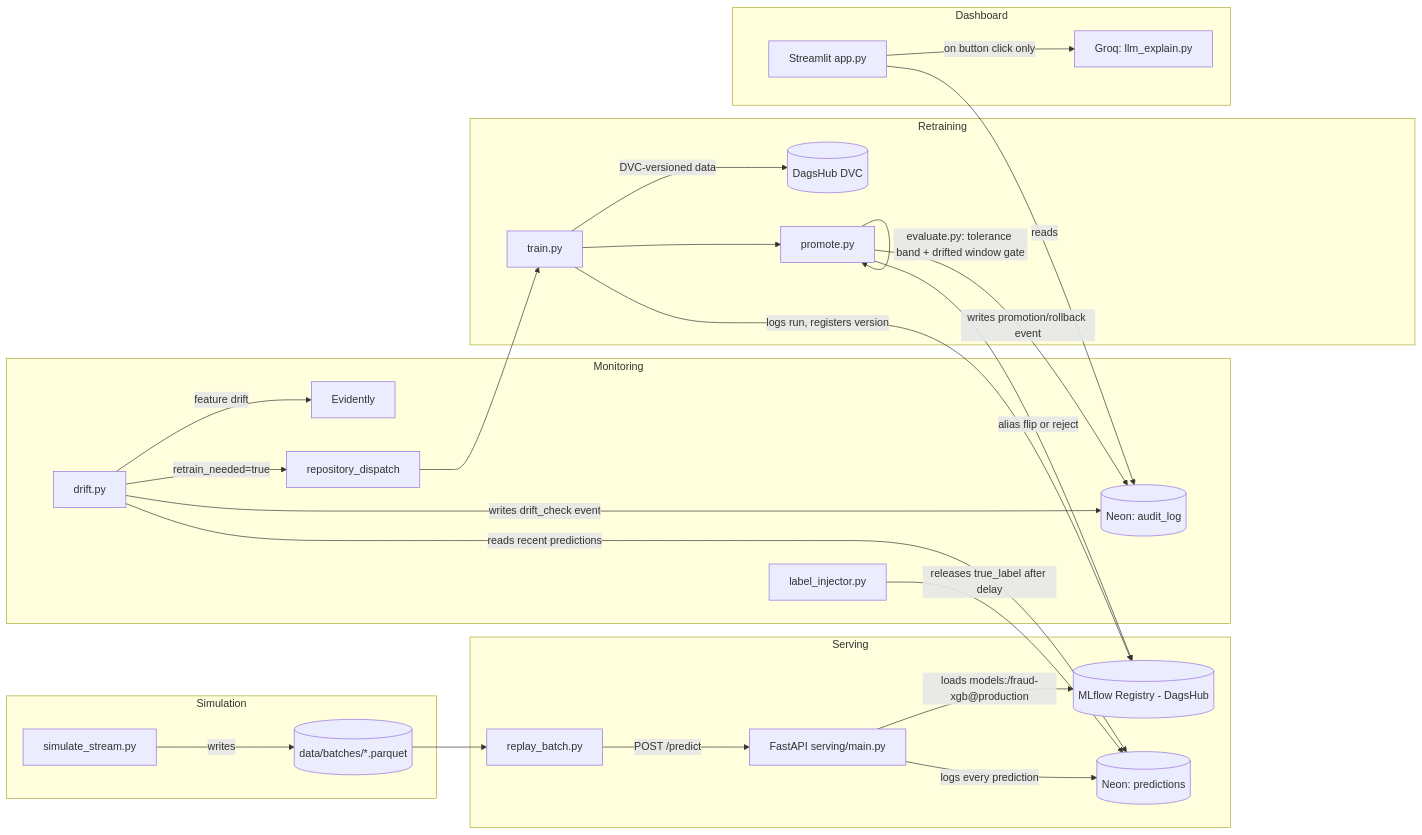
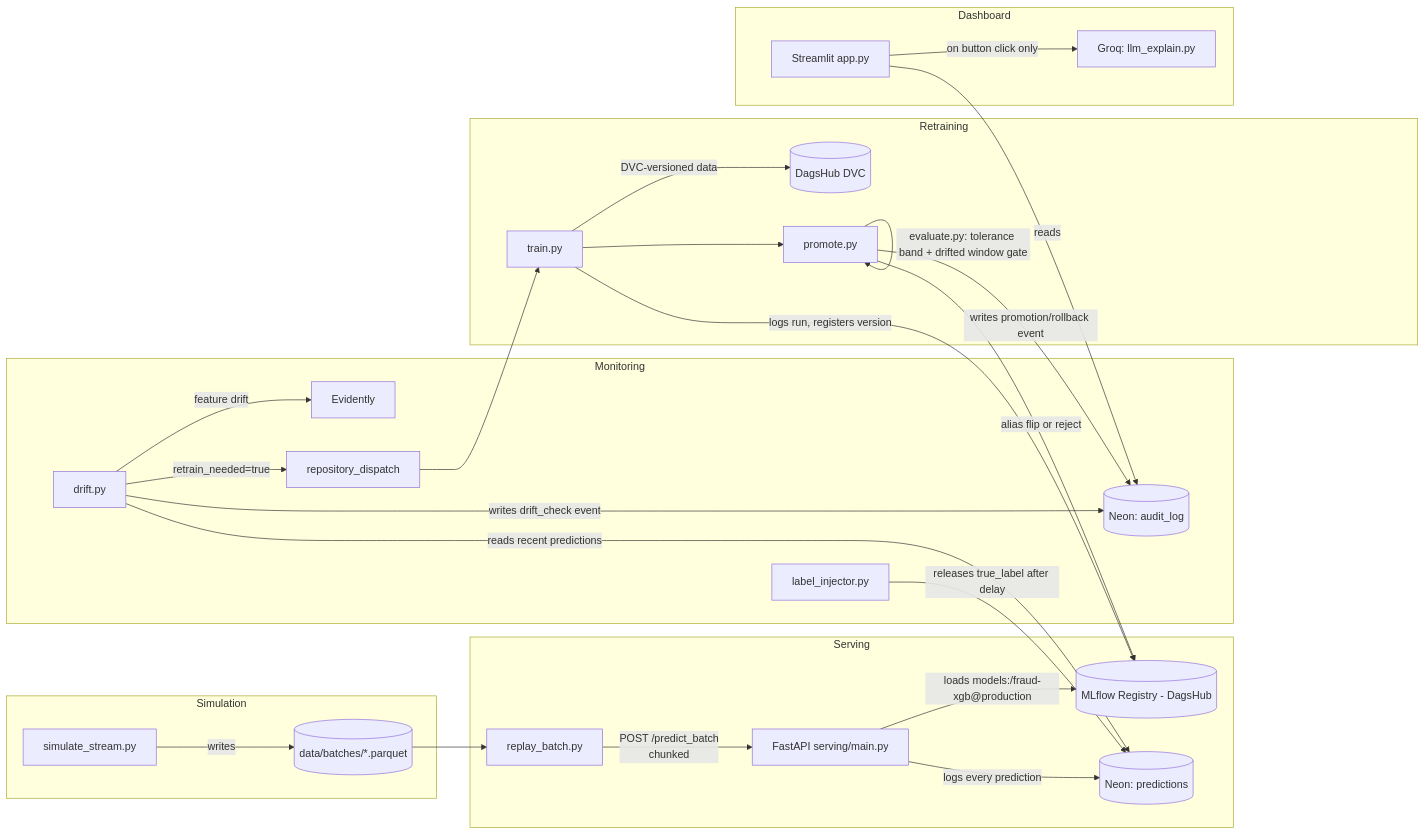
One commit to abhinavharbola/sentinelML changed the diagram in README.md. Above: the diagram before and after it, drawn with Mermaid. The commit also changed other lines of this file, not shown here.

Commit message:
Architectural Update in README

````diff
--- a/README.md
+++ b/README.md
@@ -29,37 +29,37 @@
 ```mermaid
 flowchart LR
     subgraph Simulation
         A[simulate_stream.py] -->|writes| B[(data/batches/*.parquet)]
     end
-
+ 
     subgraph Serving
-        C[replay_batch.py] -->|POST /predict| D[FastAPI serving/main.py]
+        C[replay_batch.py] -->|POST /predict_batch<br/>chunked| D[FastAPI serving/main.py]
         D -->|loads models:/fraud-xgb@production| E[(MLflow Registry - DagsHub)]
         D -->|logs every prediction| F[(Neon: predictions)]
     end
-
+ 
     B --> C
-
+ 
     subgraph Monitoring
         G[label_injector.py] -->|releases true_label after delay| F
         H[drift.py] -->|feature drift| Evidently
         H -->|reads recent predictions| F
         H -->|writes drift_check event| J[(Neon: audit_log)]
         H -->|retrain_needed=true| K[repository_dispatch]
     end
-
+ 
     subgraph Retraining
         K --> L[train.py]
         L -->|DVC-versioned data| M[(DagsHub DVC)]
         L -->|logs run, registers version| E
         L --> N[promote.py]
         N -->|evaluate.py: tolerance band + drifted window gate| N
         N -->|alias flip or reject| E
         N -->|writes promotion/rollback event| J
     end
-
+ 
     subgraph Dashboard
         O[Streamlit app.py] -->|reads| J
         O -->|on button click only| P[Groq: llm_explain.py]
     end
 ```
````
